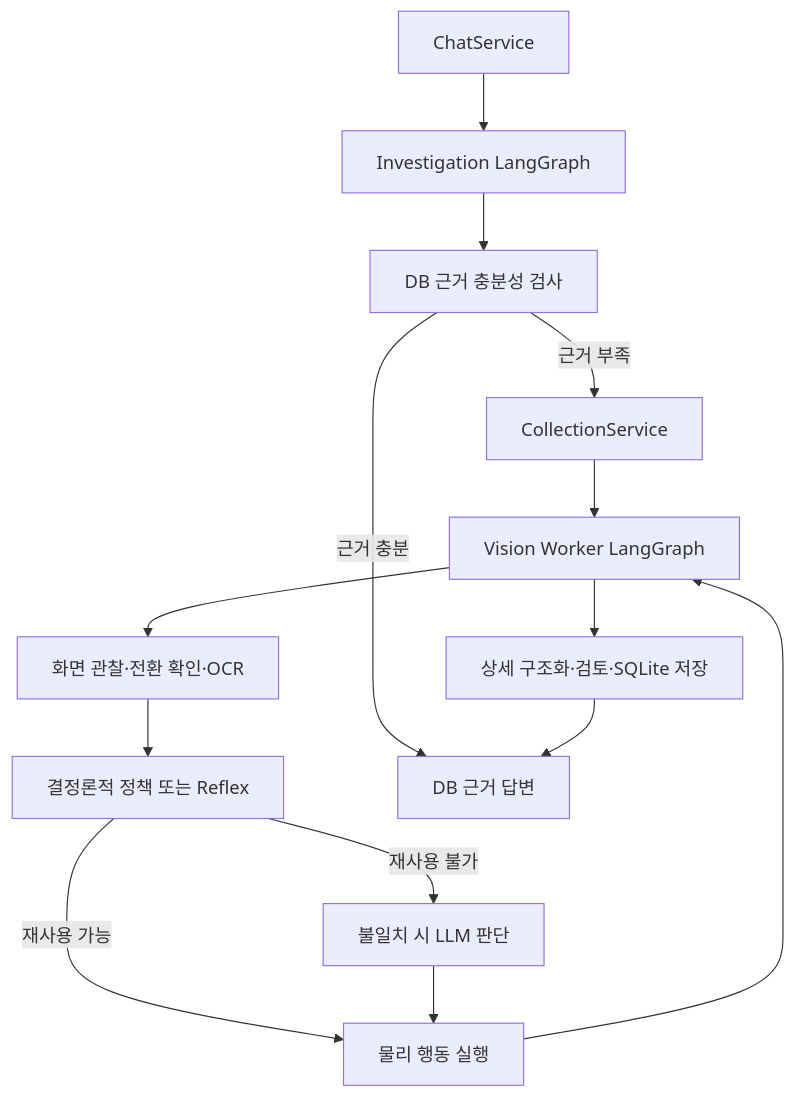
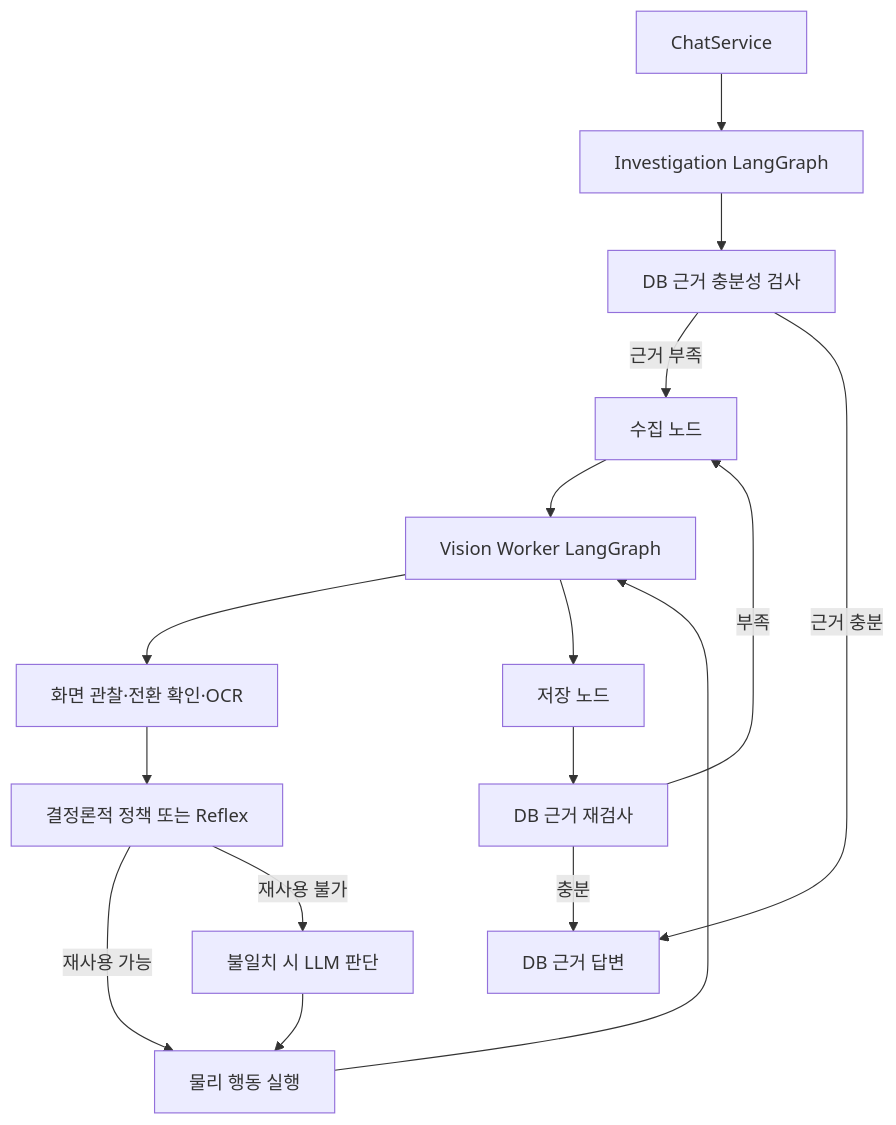
Before and after one commit to Dreamtreeme/L2C: the second of 2 diagrams in 해결해야할 부분.md, drawn with Mermaid. The commit also changed other lines of this file and 142 other files, not shown here.

````diff
--- a/해결해야할 부분.md
+++ b/해결해야할 부분.md
@@ -338,28 +338,31 @@
 ```mermaid
 flowchart TD
     A["ChatService"]
     B["Investigation LangGraph"]
     C["DB 근거 충분성 검사"]
-    D["CollectionService"]
+    D["수집 노드"]
     E["Vision Worker LangGraph"]
     F["화면 관찰·전환 확인·OCR"]
     G["결정론적 정책 또는 Reflex"]
     H["불일치 시 LLM 판단"]
     I["물리 행동 실행"]
-    J["상세 구조화·검토·SQLite 저장"]
-    K["DB 근거 답변"]
+    J["저장 노드"]
+    K["DB 근거 재검사"]
+    L["DB 근거 답변"]
 
     A --> B
     B --> C
     C -->|근거 부족| D
-    C -->|근거 충분| K
+    C -->|근거 충분| L
     D --> E
     E --> F
     F --> G
     G -->|재사용 가능| I
     G -->|재사용 불가| H
     H --> I
     I --> E
     E --> J
     J --> K
+    K -->|충분| L
+    K -->|부족| D
 ```
````
